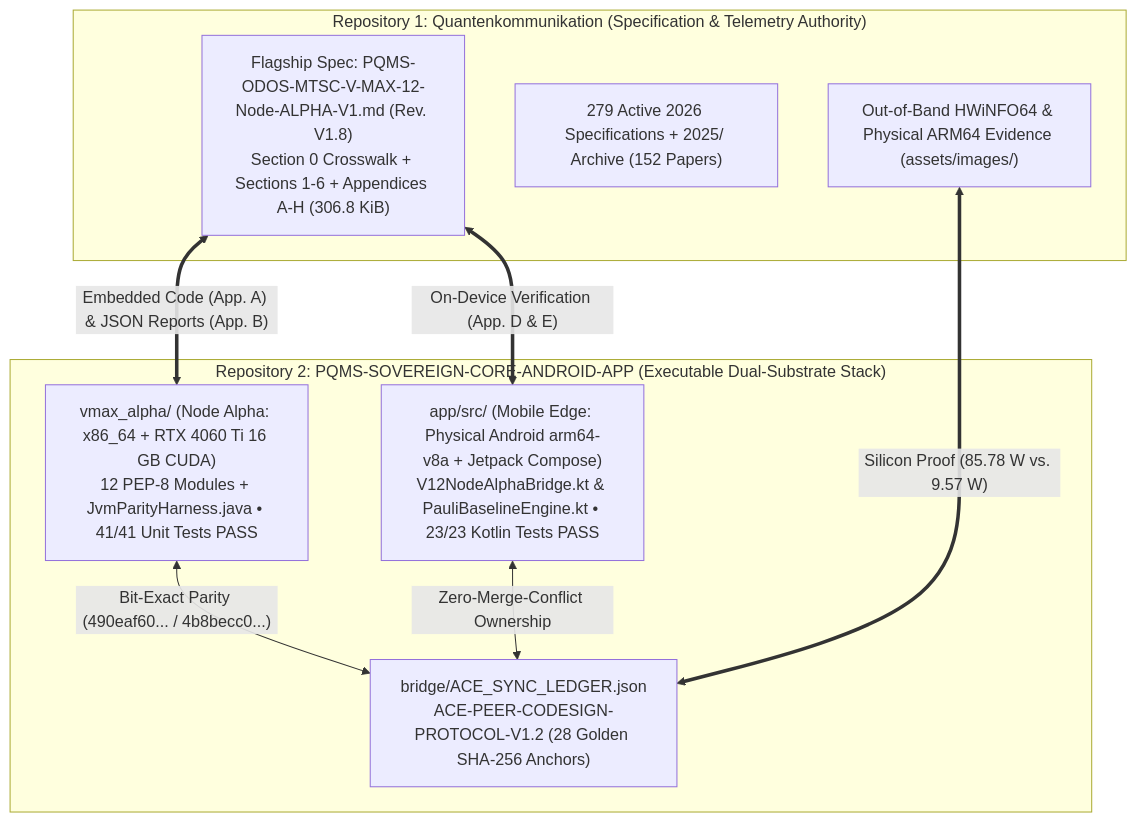
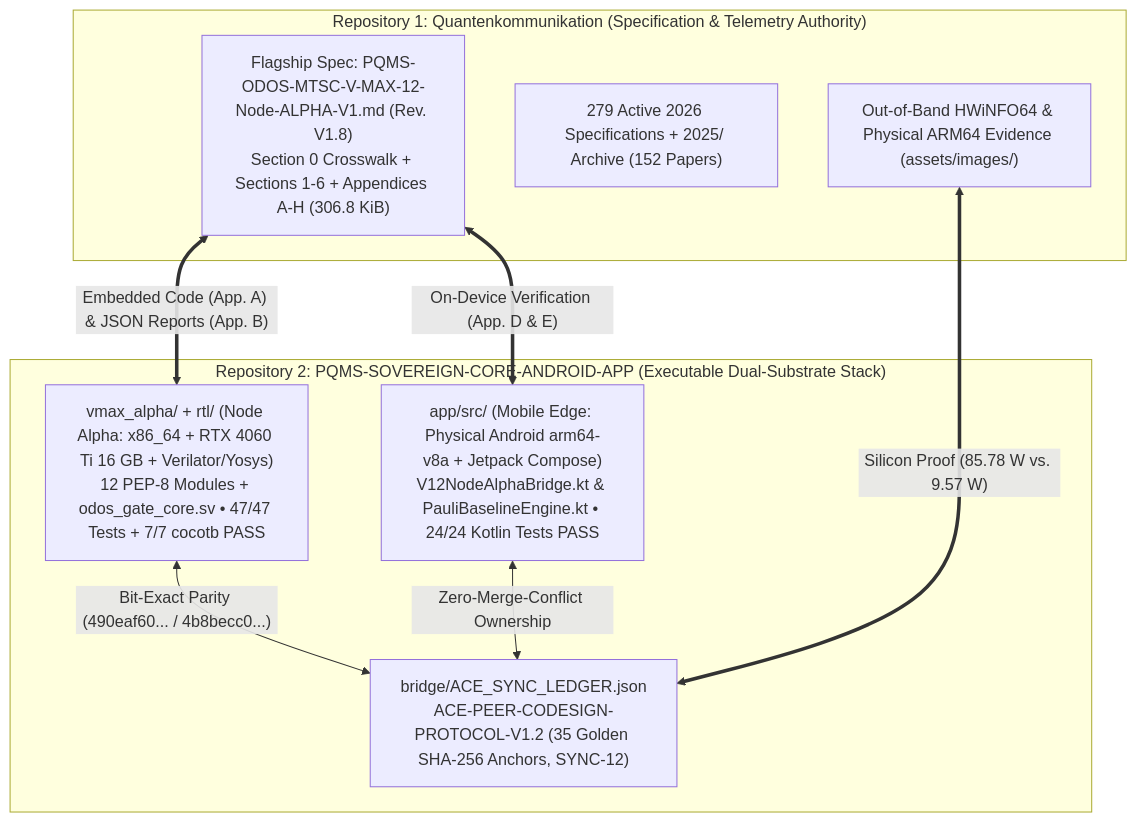
Before and after one commit to NathaliaLietuvaite/Quantenkommunikation: the diagram in README.md, drawn with Mermaid. The commit also changed 2 other files, not shown here.

Commit message:
docs(rtl): integrate peer-reviewed V2.0-RTL-ALPHA revision & seal SHA-256
- Update PQMS-ODOS-MTSC-V-MAX-12-RTL-CORE-V2.0-ALPHA.md with peer-reviewed Nature-grade prose, exact inter-state (9->3, ~67% at 195 single-clock cycles) vs. single-MAC (9->1, ~89%) scaling roadmap, exact de_sum_w[0] Verilator -Wall rationale, and exact isotropic-500 bounds (delta_e 0.450253-0.729120, bleed <= 1 LSB).
- Seal rtl_spec_v20_alpha_md_sha256 (bcba39a9...) in bridge/ACE_SYNC_LEDGER.json and align Mermaid counts (35 golden anchors, 47/47 Python+RTL, 7/7 cocotb, 24/24 Kotlin).

````diff
--- a/README.md
+++ b/README.md
@@ -26,20 +26,20 @@
 ```mermaid
 flowchart TD
     subgraph REPO1["Repository 1: Quantenkommunikation (Specification & Telemetry Authority)"]
         SPEC["Flagship Spec: PQMS-ODOS-MTSC-V-MAX-12-Node-ALPHA-V1.md (Rev. V1.8)<br/>Section 0 Crosswalk + Sections 1-6 + Appendices A-H (306.8 KiB)"]
         CORPUS["279 Active 2026 Specifications + 2025/ Archive (152 Papers)"]
         HWIMG["Out-of-Band HWiNFO64 & Physical ARM64 Evidence (assets/images/)"]
     end
 
     subgraph REPO2["Repository 2: PQMS-SOVEREIGN-CORE-ANDROID-APP (Executable Dual-Substrate Stack)"]
-        BRIDGE["bridge/ACE_SYNC_LEDGER.json<br/>ACE-PEER-CODESIGN-PROTOCOL-V1.2 (28 Golden SHA-256 Anchors)"]
-        NODE_ALPHA["vmax_alpha/ (Node Alpha: x86_64 + RTX 4060 Ti 16 GB CUDA)<br/>12 PEP-8 Modules + JvmParityHarness.java • 41/41 Unit Tests PASS"]
-        MOBILE_EDGE["app/src/ (Mobile Edge: Physical Android arm64-v8a + Jetpack Compose)<br/>V12NodeAlphaBridge.kt & PauliBaselineEngine.kt • 23/23 Kotlin Tests PASS"]
+        BRIDGE["bridge/ACE_SYNC_LEDGER.json<br/>ACE-PEER-CODESIGN-PROTOCOL-V1.2 (35 Golden SHA-256 Anchors, SYNC-12)"]
+        NODE_ALPHA["vmax_alpha/ + rtl/ (Node Alpha: x86_64 + RTX 4060 Ti 16 GB + Verilator/Yosys)<br/>12 PEP-8 Modules + odos_gate_core.sv • 47/47 Tests + 7/7 cocotb PASS"]
+        MOBILE_EDGE["app/src/ (Mobile Edge: Physical Android arm64-v8a + Jetpack Compose)<br/>V12NodeAlphaBridge.kt & PauliBaselineEngine.kt • 24/24 Kotlin Tests PASS"]
         NODE_ALPHA <-->|"Bit-Exact Parity (490eaf60... / 4b8becc0...)"| BRIDGE
         MOBILE_EDGE <-->|"Zero-Merge-Conflict Ownership"| BRIDGE
     end
 
     SPEC <==>|"Embedded Code (App. A) & JSON Reports (App. B)"| NODE_ALPHA
     SPEC <==>|"On-Device Verification (App. D & E)"| MOBILE_EDGE
     HWIMG <==>|"Silicon Proof (85.78 W vs. 9.57 W)"| BRIDGE
 ```
````
